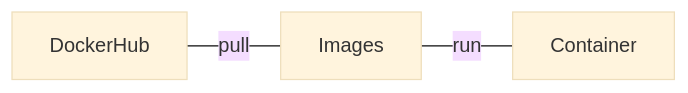
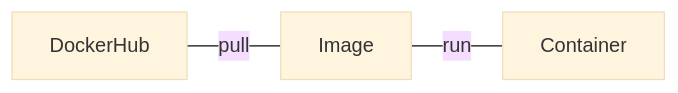
Before and after one commit to kjkandrea/til: the diagram in learns/2021-12-11.md, drawn with Mermaid (base theme). The commit also changed other lines of this file and 1 other file, not shown here.

Commit message:
Add docker : run, run -p

````diff
--- a/learns/2021-12-11.md
+++ b/learns/2021-12-11.md
@@ -12,4 +12,4 @@
 ```mermaid
 flowchart LR
-    DockerHub-- pull ---Images-- run --- Container
+    DockerHub-- pull ---Image-- run --- Container
 ```
````
